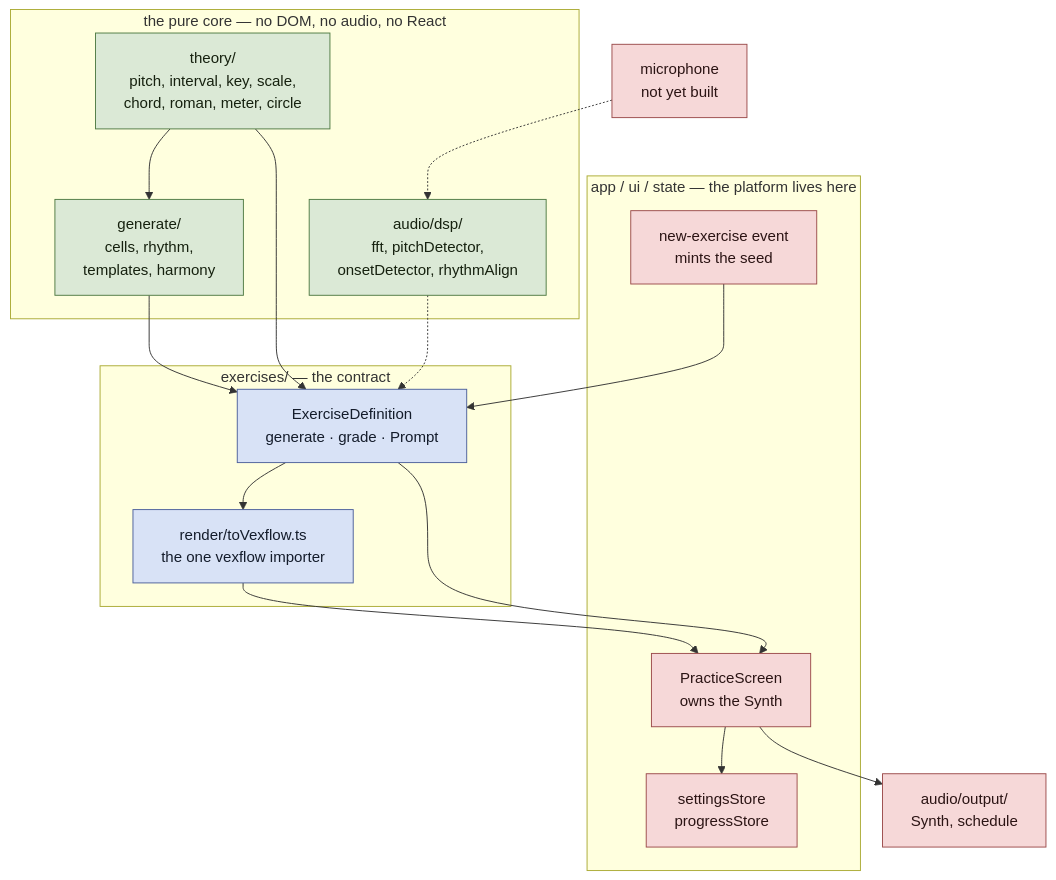
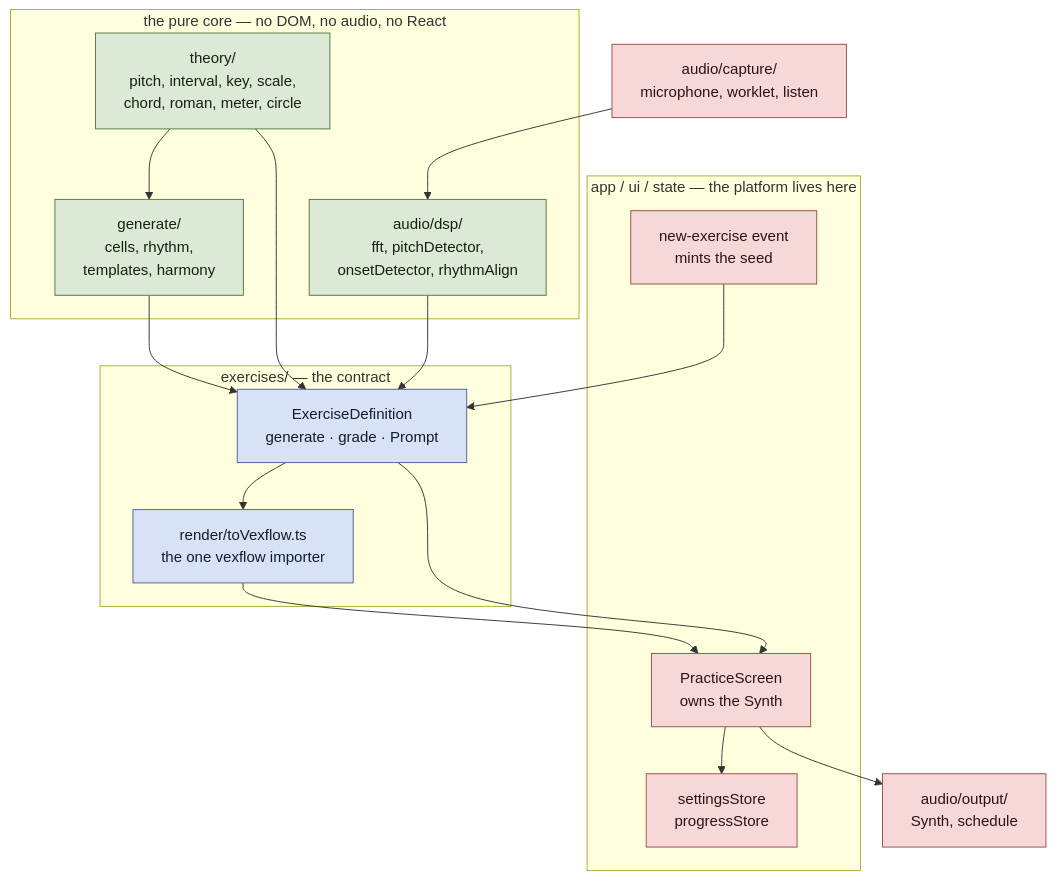
One commit to deepl0w/pitch_space changed the first of 3 diagrams in docs/ARCHITECTURE.md. Above: the diagram before and after it, drawn with Mermaid. The commit also changed other lines of this file and 1 other file, not shown here.

Commit message:
Bring the architecture body back to what is true, and record that per-entry checks moved the rot rather than stopping it

````diff
--- a/docs/ARCHITECTURE.md
+++ b/docs/ARCHITECTURE.md
@@ -40,38 +41,38 @@
 ```mermaid
 flowchart TB
     subgraph app["app / ui / state — the platform lives here"]
         seedsrc["new-exercise event<br/>mints the seed"]
         screen["PracticeScreen<br/>owns the Synth"]
         stores["settingsStore<br/>progressStore"]
     end
 
     subgraph core["the pure core — no DOM, no audio, no React"]
         theory["theory/<br/>pitch, interval, key, scale,<br/>chord, roman, meter, circle"]
         gen["generate/<br/>cells, rhythm,<br/>templates, harmony"]
         dsp["audio/dsp/<br/>fft, pitchDetector,<br/>onsetDetector, rhythmAlign"]
     end
 
     subgraph ex["exercises/ — the contract"]
         def["ExerciseDefinition<br/>generate · grade · Prompt"]
         vex["render/toVexflow.ts<br/>the one vexflow importer"]
     end
 
     seedsrc --> def
     gen --> def
     theory --> gen
     theory --> def
     def --> vex
     vex --> screen
     def --> screen
     screen --> out["audio/output/<br/>Synth, schedule"]
-    mic["microphone<br/>not yet built"] -.-> dsp
-    dsp -.-> def
+    mic["audio/capture/<br/>microphone, worklet, listen"] --> dsp
+    dsp --> def
     screen --> stores
 
     classDef pure fill:#dbe9d6,stroke:#4f7a43,color:#16210f
     classDef platform fill:#f6d8d8,stroke:#9b4b4b,color:#2b1414
     classDef seam fill:#d8e2f6,stroke:#4b5f9b,color:#141c2b
     class theory,gen,dsp pure
     class seedsrc,screen,stores,out,mic platform
     class def,vex seam
 ```
````
